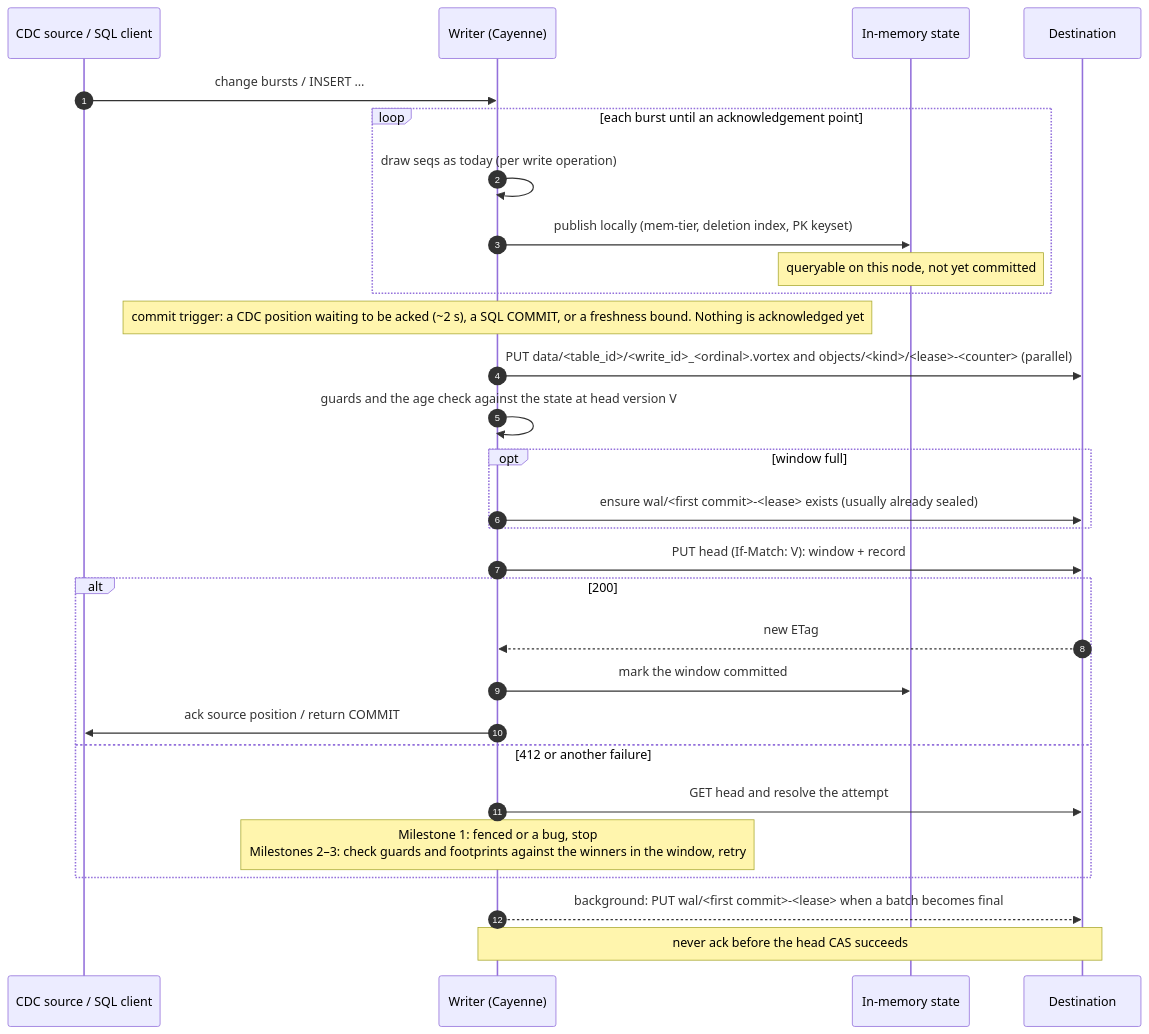
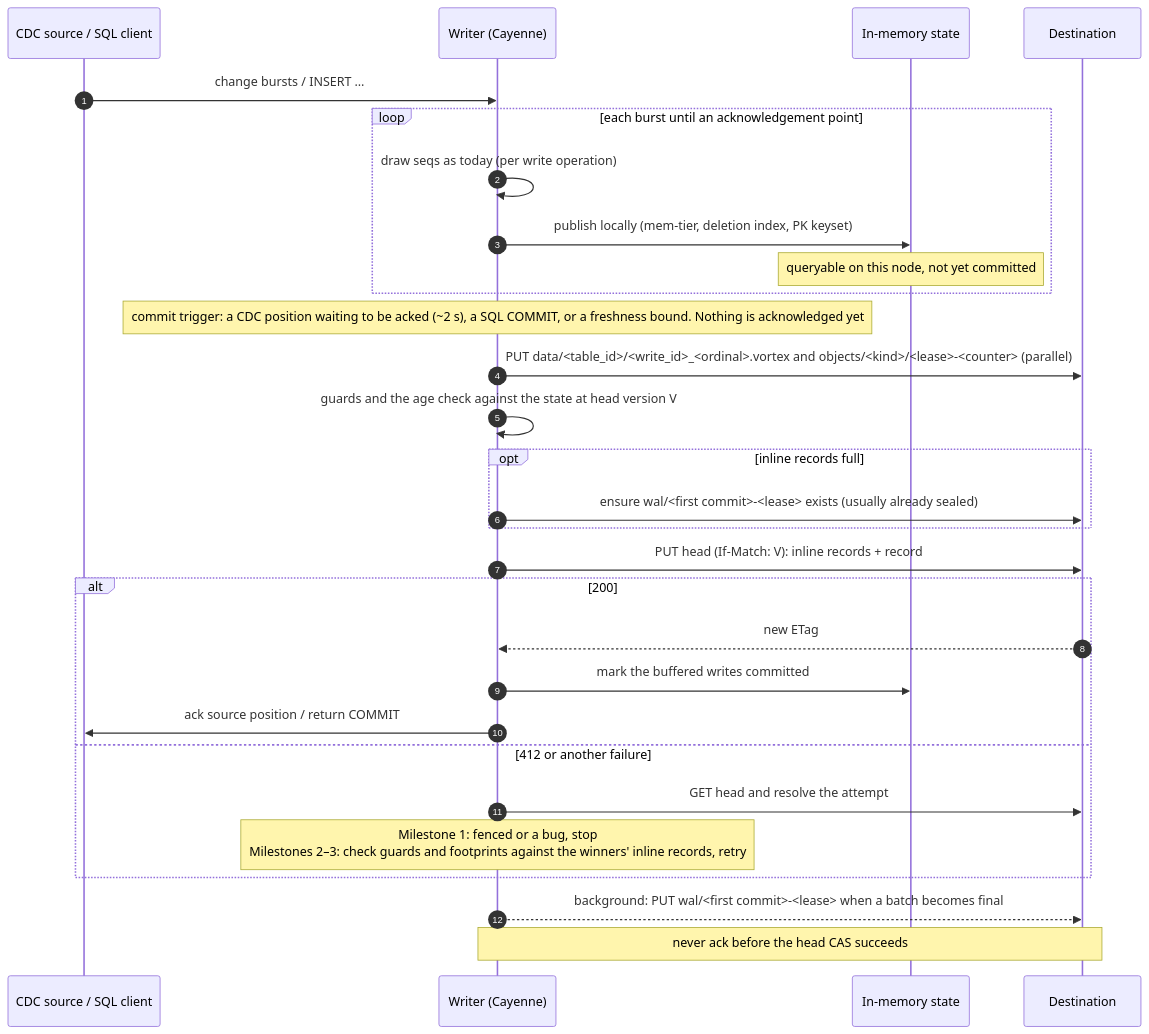
Before and after one commit to spiceai/spiceai: the first of 5 diagrams in docs/design/object-native-metastore-technical.md, drawn with Mermaid. The commit also changed other lines of this file and 2 other files, not shown here.

First line of the commit message:
docs(cayenne): name the head's fields for what they hold and move the store contract to an appendix

````diff
--- a/docs/design/object-native-metastore-technical.md
+++ b/docs/design/object-native-metastore-technical.md
@@ -211,32 +196,32 @@
 ```mermaid
 sequenceDiagram
     autonumber
     participant SRC as CDC source / SQL client
     participant W as Writer (Cayenne)
     participant M as In-memory state
     participant S as Destination
 
     SRC->>W: change bursts / INSERT …
     loop each burst until an acknowledgement point
         W->>W: draw seqs as today (per write operation)
         W->>M: publish locally (mem-tier, deletion index, PK keyset)
         Note over M: queryable on this node, not yet committed
     end
     Note over W: commit trigger: a CDC position waiting to be acked (~2 s), a SQL COMMIT, or a freshness bound. Nothing is acknowledged yet
     W->>S: PUT data/<table_id>/<write_id>_<ordinal>.vortex and objects/<kind>/<lease>-<counter> (parallel)
     W->>W: guards and the age check against the state at head version V
-    opt window full
+    opt inline records full
         W->>S: ensure wal/<first commit>-<lease> exists (usually already sealed)
     end
-    W->>S: PUT head (If-Match: V): window + record
+    W->>S: PUT head (If-Match: V): inline records + record
     alt 200
         S-->>W: new ETag
-        W->>M: mark the window committed
+        W->>M: mark the buffered writes committed
         W->>SRC: ack source position / return COMMIT
     else 412 or another failure
         W->>S: GET head and resolve the attempt
-        Note over W: Milestone 1: fenced or a bug, stop<br/>Milestones 2–3: check guards and footprints against the winners in the window, retry
+        Note over W: Milestone 1: fenced or a bug, stop<br/>Milestones 2–3: check guards and footprints against the winners' inline records, retry
     end
     W-->>S: background: PUT wal/<first commit>-<lease> when a batch becomes final
     Note over W,S: never ack before the head CAS succeeds
 ```
````
